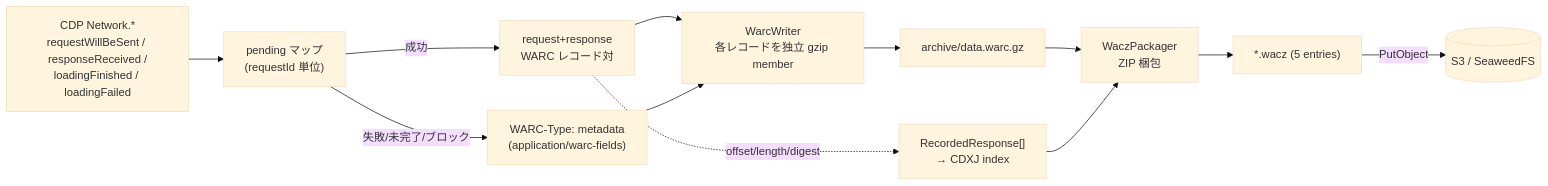
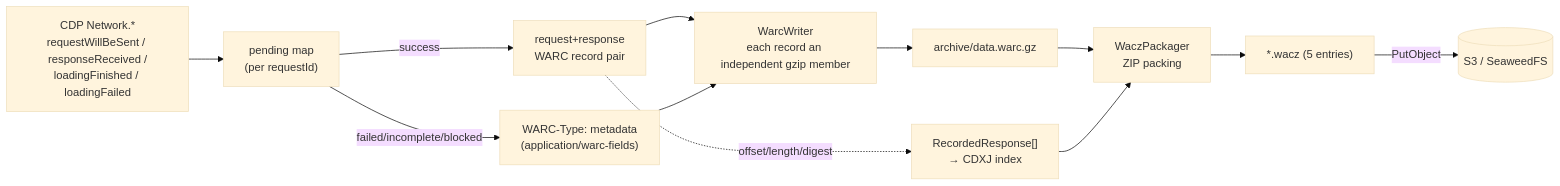
The sixth of 7 diagrams in docs-site/src/content/docs/architecture.mdx (uraitakahito/browserhive), drawn with Mermaid (base theme) before and after one commit. The commit also changed other lines of this file and 17 other files, not shown here.

````diff
--- a/docs-site/src/content/docs/architecture.mdx
+++ b/docs-site/src/content/docs/architecture.mdx
@@ -235,14 +257,14 @@
 ```mermaid
 flowchart LR
-  CDP["CDP Network.*<br>requestWillBeSent / responseReceived /<br>loadingFinished / loadingFailed"] --> PR["pending マップ<br>(requestId 単位)"]
-  PR -->|成功| REC["request+response<br>WARC レコード対"]
-  PR -->|失敗/未完了/ブロック| META["WARC-Type: metadata<br>(application/warc-fields)"]
-  REC --> WW["WarcWriter<br>各レコードを独立 gzip member"]
+  CDP["CDP Network.*<br>requestWillBeSent / responseReceived /<br>loadingFinished / loadingFailed"] --> PR["pending map<br>(per requestId)"]
+  PR -->|success| REC["request+response<br>WARC record pair"]
+  PR -->|failed/incomplete/blocked| META["WARC-Type: metadata<br>(application/warc-fields)"]
+  REC --> WW["WarcWriter<br>each record an independent gzip member"]
   META --> WW
   WW --> WARC["archive/data.warc.gz"]
   REC -. offset/length/digest .-> CDXJ["RecordedResponse[]<br>→ CDXJ index"]
-  WARC --> PACK["WaczPackager<br>ZIP 梱包"]
+  WARC --> PACK["WaczPackager<br>ZIP packing"]
   CDXJ --> PACK
   PACK --> WACZ["*.wacz (5 entries)"]
   WACZ -->|PutObject| S3[("S3 / SeaweedFS")]
 ```
````
